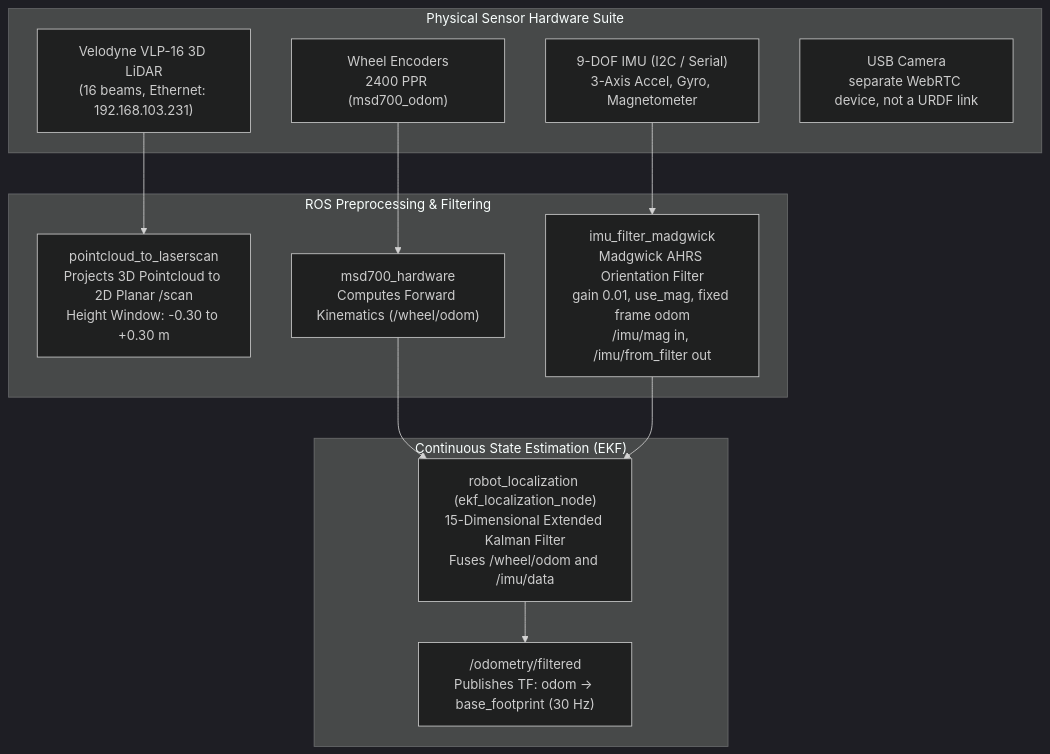
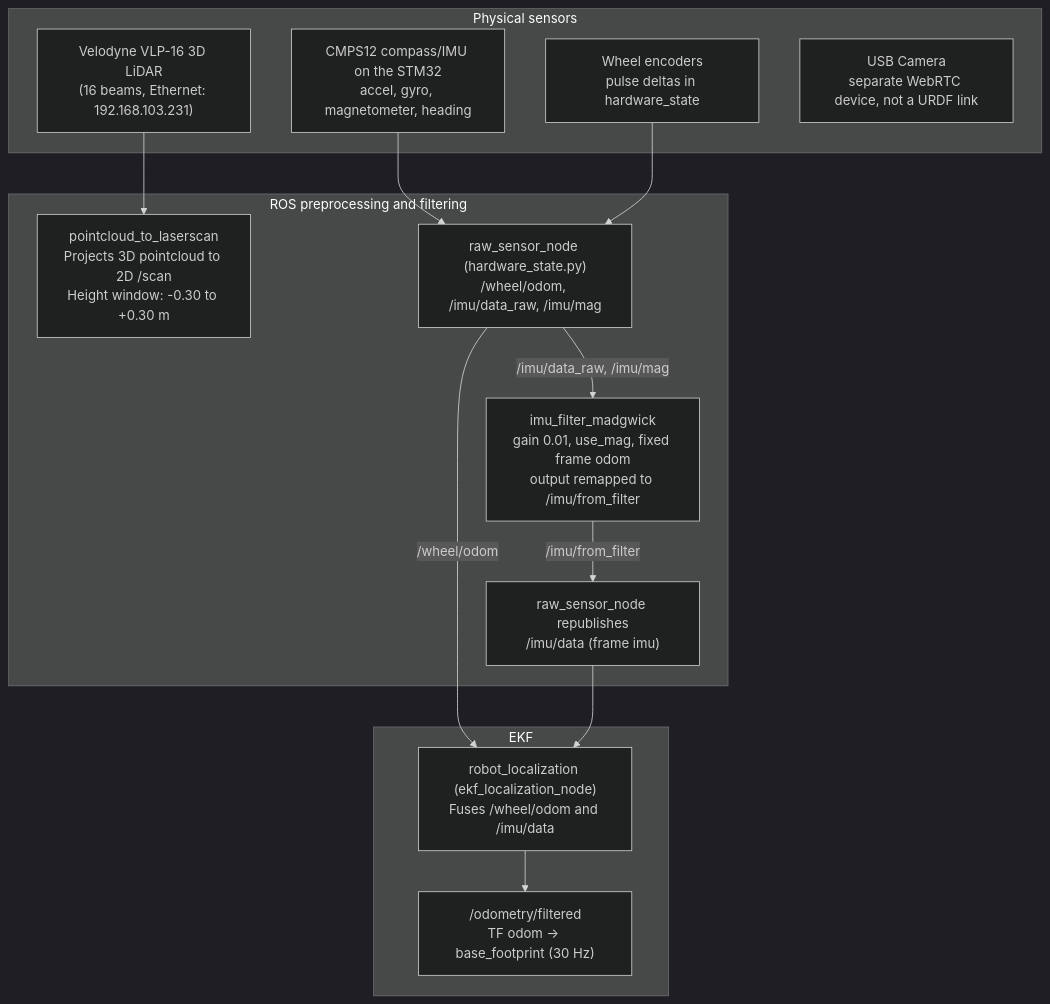
One commit to itbdelaboprogramming/msd700_documentation changed the first of 2 diagrams in docs/development/ros/sensor-fusion-and-control.md. Above: the diagram before and after it, drawn with Mermaid (dark theme). The commit also changed other lines of this file and 340 other files, not shown here.

````diff
--- a/docs/development/ros/sensor-fusion-and-control.md
+++ b/docs/development/ros/sensor-fusion-and-control.md
@@ -14,28 +14,30 @@
 ```mermaid
 flowchart TD
-  subgraph RawSensors["Physical Sensor Hardware Suite"]
+  subgraph RawSensors["Physical sensors"]
     VLP16["Velodyne VLP-16 3D LiDAR<br/>(16 beams, Ethernet: 192.168.103.231)"]
-    IMU_HW["9-DOF IMU (I2C / Serial)<br/>3-Axis Accel, Gyro, Magnetometer"]
-    ENCODERS["Wheel Encoders<br/>2400 PPR (msd700_odom)"]
+    IMU_HW["CMPS12 compass/IMU on the STM32<br/>accel, gyro, magnetometer, heading"]
+    ENCODERS["Wheel encoders<br/>pulse deltas in hardware_state"]
     CAM["USB Camera<br/>separate WebRTC device, not a URDF link"]
   end
 
-  subgraph Preprocessing["ROS Preprocessing & Filtering"]
-    PCL2SCAN["pointcloud_to_laserscan<br/>Projects 3D Pointcloud to 2D Planar /scan<br/>Height Window: -0.30 to +0.30 m"]
-    IMU_FILT["imu_filter_madgwick<br/>Madgwick AHRS Orientation Filter<br/>gain 0.01, use_mag, fixed frame odom<br/>/imu/mag in, /imu/from_filter out"]
-    WHEEL_ODOM["msd700_hardware<br/>Computes Forward Kinematics (/wheel/odom)"]
+  subgraph Preprocessing["ROS preprocessing and filtering"]
+    PCL2SCAN["pointcloud_to_laserscan<br/>Projects 3D pointcloud to 2D /scan<br/>Height window: -0.30 to +0.30 m"]
+    RAW["raw_sensor_node (hardware_state.py)<br/>/wheel/odom, /imu/data_raw, /imu/mag"]
+    IMU_FILT["imu_filter_madgwick<br/>gain 0.01, use_mag, fixed frame odom<br/>output remapped to /imu/from_filter"]
+    IMU_OUT["raw_sensor_node republishes<br/>/imu/data (frame imu)"]
   end
 
-  subgraph StateEstimation["Continuous State Estimation (EKF)"]
-    EKF["robot_localization (ekf_localization_node)<br/>15-Dimensional Extended Kalman Filter<br/>Fuses /wheel/odom and /imu/data"]
-    ODOM_FILT["/odometry/filtered<br/>Publishes TF: odom -> base_footprint (30 Hz)"]
+  subgraph StateEstimation["EKF"]
+    EKF["robot_localization (ekf_localization_node)<br/>Fuses /wheel/odom and /imu/data"]
+    ODOM_FILT["/odometry/filtered<br/>TF odom -> base_footprint (30 Hz)"]
   end
 
   VLP16 --> PCL2SCAN
-  IMU_HW --> IMU_FILT
-  ENCODERS --> WHEEL_ODOM
-
-  WHEEL_ODOM --> EKF
-  IMU_FILT --> EKF
+  IMU_HW --> RAW
+  ENCODERS --> RAW
+  RAW -->|/imu/data_raw, /imu/mag| IMU_FILT
+  IMU_FILT -->|/imu/from_filter| IMU_OUT
+  RAW -->|/wheel/odom| EKF
+  IMU_OUT --> EKF
   EKF --> ODOM_FILT
 ```
````
